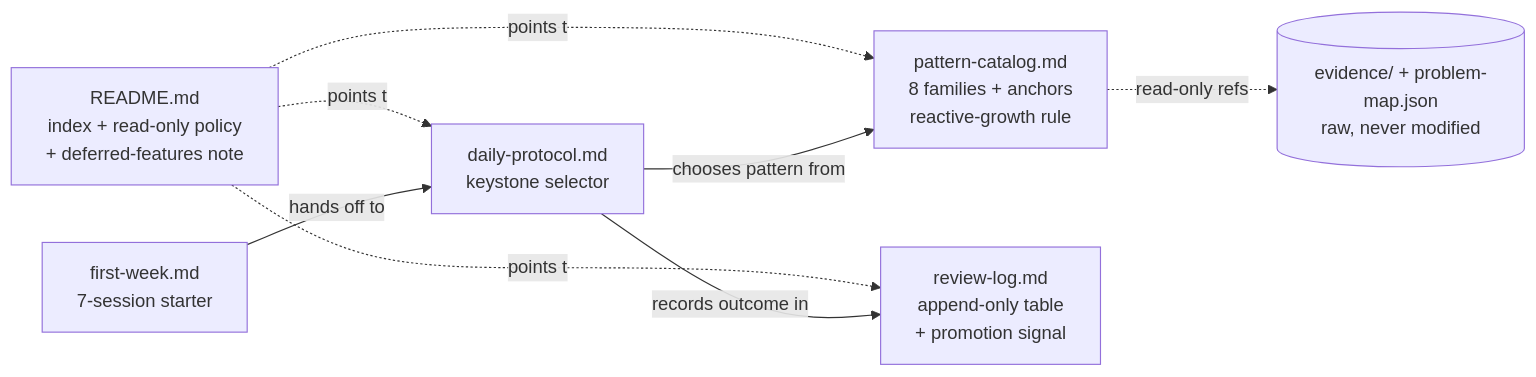
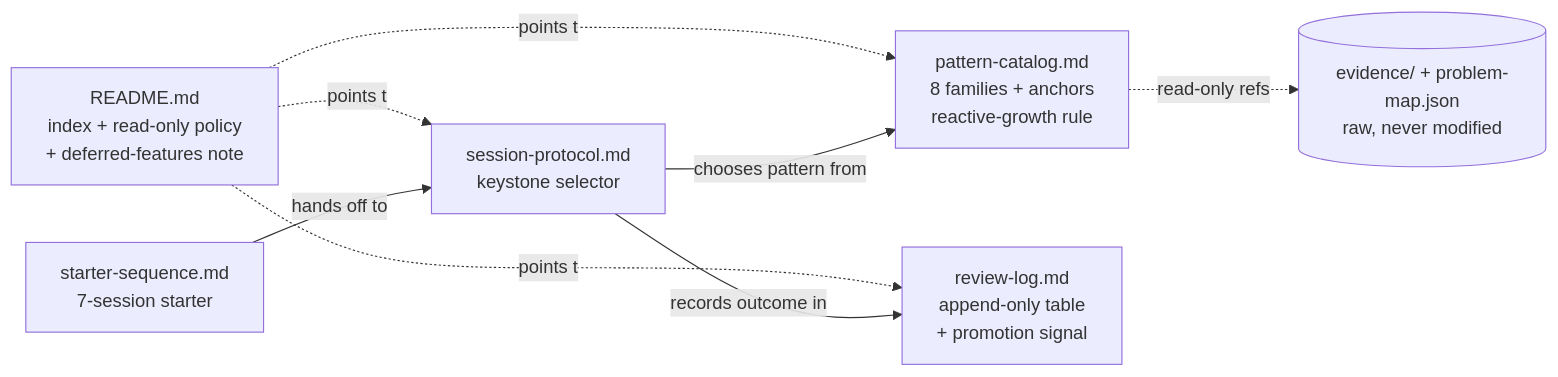
One commit to aniketpanjwani/LeetCode-Solutions changed the second of 2 diagrams in docs/plans/2026-06-26-001-feat-arena-prep-system-plan.md. Above: the diagram before and after it, drawn with Mermaid. The commit also changed other lines of this file and 2 other files, not shown here.

````diff
--- a/docs/plans/2026-06-26-001-feat-arena-prep-system-plan.md
+++ b/docs/plans/2026-06-26-001-feat-arena-prep-system-plan.md
@@ -70,10 +70,10 @@
 ```mermaid
 flowchart LR
-    README[README.md<br/>index + read-only policy<br/>+ deferred-features note] -.points to.-> PROTO[daily-protocol.md<br/>keystone selector]
+    README[README.md<br/>index + read-only policy<br/>+ deferred-features note] -.points to.-> PROTO[session-protocol.md<br/>keystone selector]
     README -.points to.-> CAT[pattern-catalog.md<br/>8 families + anchors<br/>reactive-growth rule]
     README -.points to.-> LOG[review-log.md<br/>append-only table<br/>+ promotion signal]
     PROTO -- chooses pattern from --> CAT
     PROTO -- records outcome in --> LOG
-    FW[first-week.md<br/>7-session starter] -- hands off to --> PROTO
+    FW[starter-sequence.md<br/>7-session starter] -- hands off to --> PROTO
     CAT -. read-only refs .-> EV[(evidence/ + problem-map.json<br/>raw, never modified)]
 ```
````
